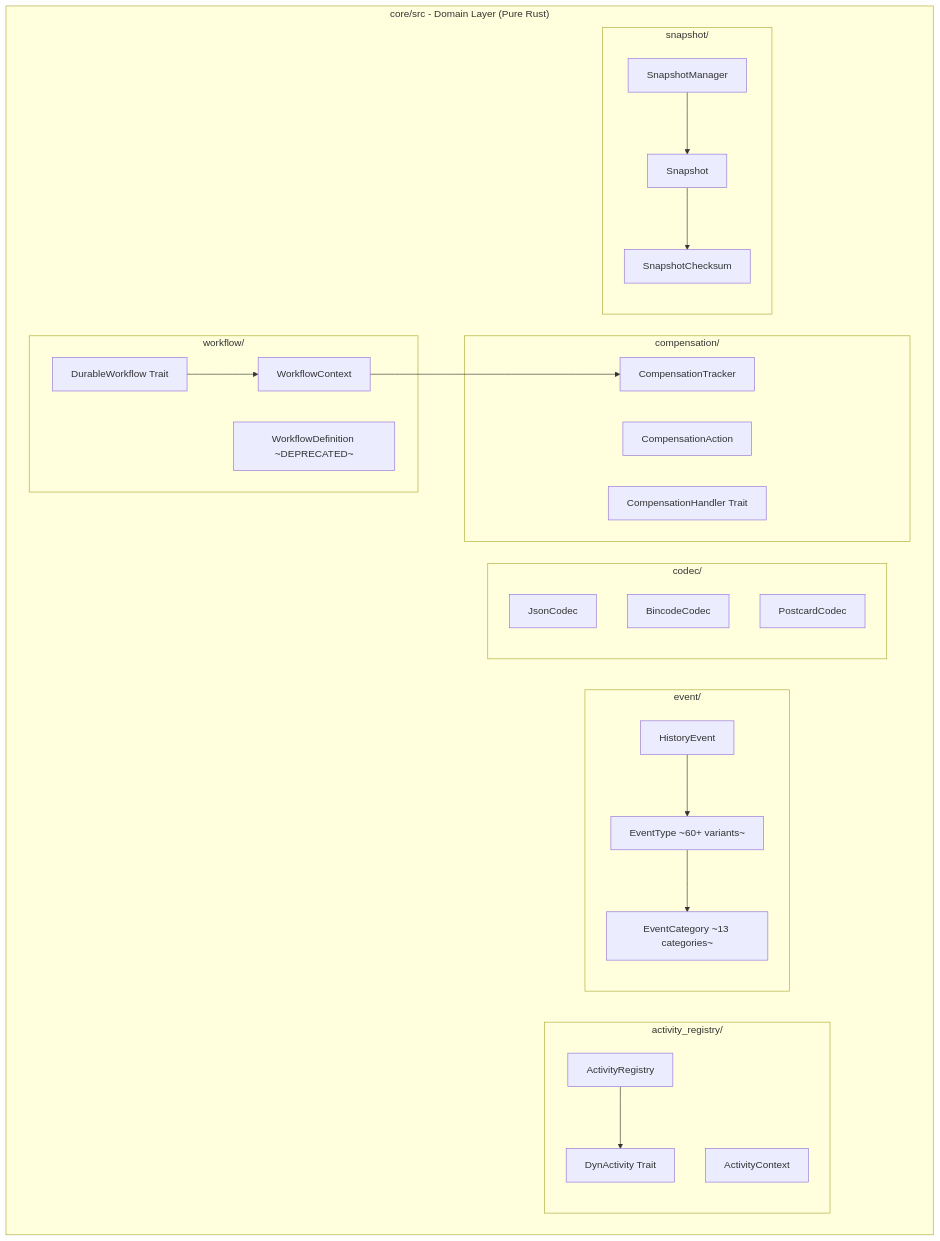
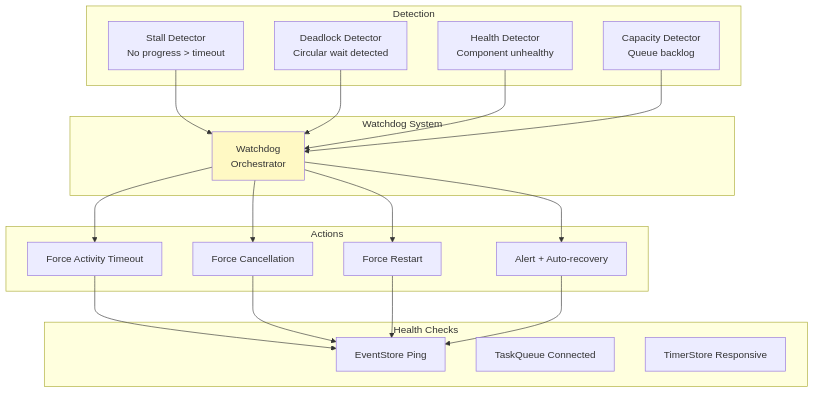
Diagram 15 of 20 in docs/manuales/SAGA_ENGINE_ARCHITECT_MANUAL_en.md (Rubentxu/hodei-jobs), drawn with Mermaid before and after one commit. The commit also changed other lines of this file and 7 other files, not shown here.

````diff
--- a/docs/manuales/SAGA_ENGINE_ARCHITECT_MANUAL_en.md
+++ b/docs/manuales/SAGA_ENGINE_ARCHITECT_MANUAL_en.md
@@ -170,48 +888,43 @@
 ```mermaid
-graph TB
-    subgraph "core/src - Domain Layer (Pure Rust)"
-        subgraph "workflow/"
-            DW[DurableWorkflow Trait]
-            WC[WorkflowContext]
-            WD[WorkflowDefinition ~DEPRECATED~]
-        end
-        
-        subgraph "activity_registry/"
-            AR[ActivityRegistry]
-            AC[ActivityContext]
-            DY[ DynActivity Trait]
-        end
-        
-        subgraph "event/"
-            HE[HistoryEvent]
-            ET[EventType ~60+ variants~]
-            EC[EventCategory ~13 categories~]
-        end
-        
-        subgraph "compensation/"
-            CT[CompensationTracker]
-            CA[CompensationAction]
-            CH[CompensationHandler Trait]
-        end
-        
-        subgraph "codec/"
-            JC[JsonCodec]
-            BC[BincodeCodec]
-            PC[PostcardCodec]
-        end
-        
-        subgraph "snapshot/"
-            SM[SnapshotManager]
-            SC[Snapshot]
-            CS[SnapshotChecksum]
-        end
+flowchart TB
+    subgraph "Watchdog System"
+        WD[Watchdog<br/>Orchestrator]
     end
     
-    DW --> WC
-    WC --> CT
-    AR --> DY
-    HE --> ET
-    ET --> EC
-    SM --> SC
-    SC --> CS
+    subgraph "Detection"
+        SD[Stall Detector<br/>No progress > timeout]
+        DD[Deadlock Detector<br/>Circular wait detected]
+        HD[Health Detector<br/>Component unhealthy]
+        CD[Capacity Detector<br/>Queue backlog]
+    end
+    
+    subgraph "Actions"
+        FA[Force Activity Timeout]
+        FC[Force Cancellation]
+        FR[Force Restart]
+        AA[Alert + Auto-recovery]
+    end
+    
+    subgraph "Health Checks"
+        HC1[EventStore Ping]
+        HC2[TaskQueue Connected]
+        HC3[TimerStore Responsive]
+    end
+    
+    SD --> WD
+    DD --> WD
+    HD --> WD
+    CD --> WD
+    
+    WD --> FA
+    WD --> FC
+    WD --> FR
+    WD --> AA
+    
+    FA --> HC1
+    FC --> HC1
+    FR --> HC1
+    AA --> HC1
+    
+    style WD fill:#fff9c4
 ```
````
